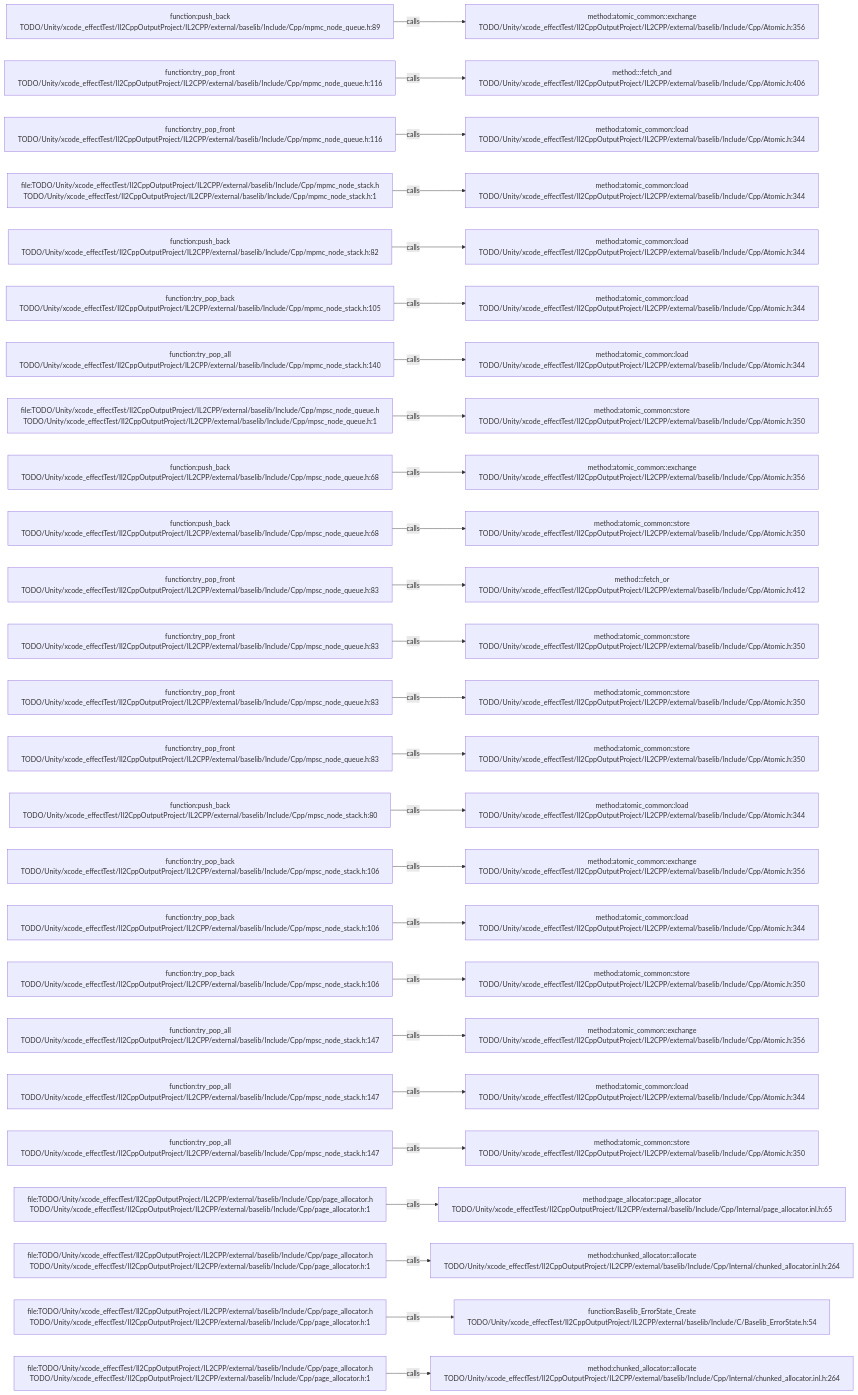
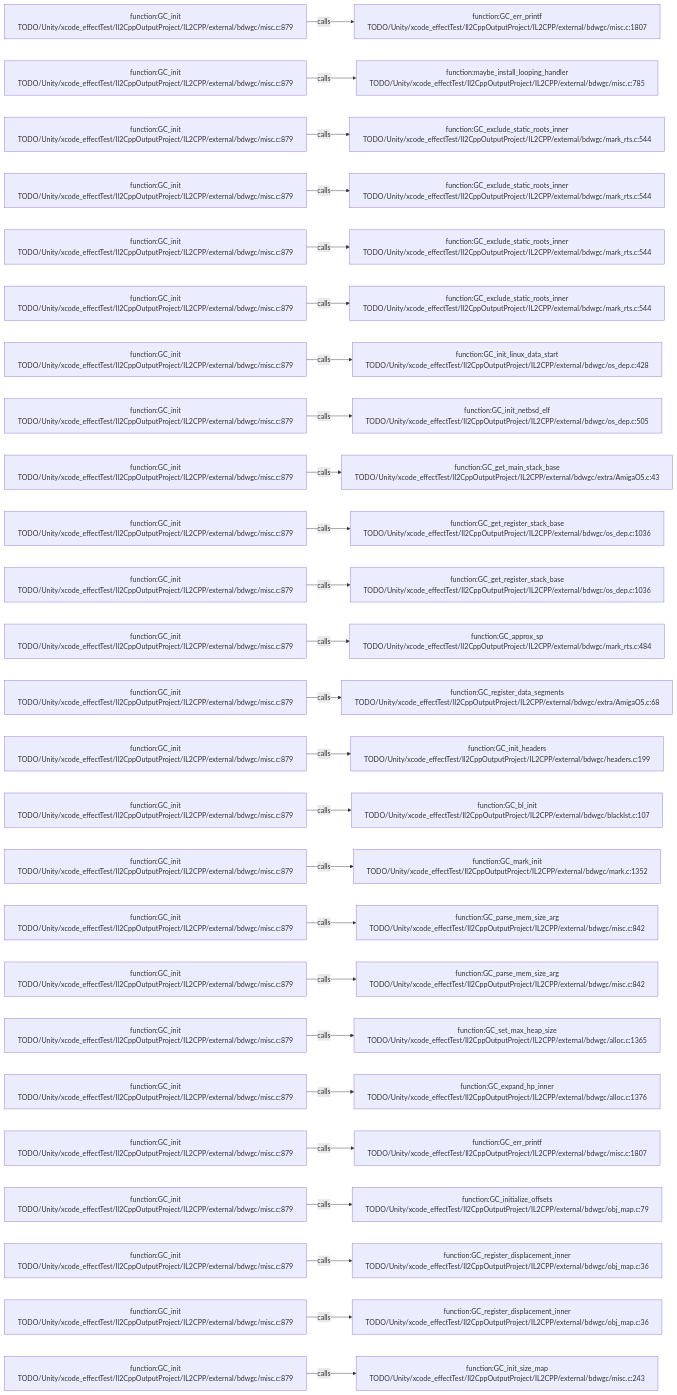
The diagram in .codegraph/codegraph.md/graphs/calls-138.md (JobsKits/JobsSwiftBaseConfigDemo), drawn with Mermaid before and after one commit. The commit also changed 227 other files, not shown here.

````diff
--- a/.codegraph/codegraph.md/graphs/calls-138.md
+++ b/.codegraph/codegraph.md/graphs/calls-138.md
@@ -13,78 +13,78 @@
 ```mermaid
 flowchart LR
-  S1["function:push_back<br/>TODO/Unity/xcode_effectTest/Il2CppOutputProject/IL2CPP/external/baselib/Include/Cpp/mpmc_node_queue.h:89"]
-  T1["method:atomic_common::exchange<br/>TODO/Unity/xcode_effectTest/Il2CppOutputProject/IL2CPP/external/baselib/Include/Cpp/Atomic.h:356"]
+  S1["function:GC_init<br/>TODO/Unity/xcode_effectTest/Il2CppOutputProject/IL2CPP/external/bdwgc/misc.c:879"]
+  T1["function:GC_err_printf<br/>TODO/Unity/xcode_effectTest/Il2CppOutputProject/IL2CPP/external/bdwgc/misc.c:1807"]
   S1 -->|calls| T1
-  S2["function:try_pop_front<br/>TODO/Unity/xcode_effectTest/Il2CppOutputProject/IL2CPP/external/baselib/Include/Cpp/mpmc_node_queue.h:116"]
-  T2["method:<anonymous>::fetch_and<br/>TODO/Unity/xcode_effectTest/Il2CppOutputProject/IL2CPP/external/baselib/Include/Cpp/Atomic.h:406"]
+  S2["function:GC_init<br/>TODO/Unity/xcode_effectTest/Il2CppOutputProject/IL2CPP/external/bdwgc/misc.c:879"]
+  T2["function:maybe_install_looping_handler<br/>TODO/Unity/xcode_effectTest/Il2CppOutputProject/IL2CPP/external/bdwgc/misc.c:785"]
   S2 -->|calls| T2
-  S3["function:try_pop_front<br/>TODO/Unity/xcode_effectTest/Il2CppOutputProject/IL2CPP/external/baselib/Include/Cpp/mpmc_node_queue.h:116"]
-  T3["method:atomic_common::load<br/>TODO/Unity/xcode_effectTest/Il2CppOutputProject/IL2CPP/external/baselib/Include/Cpp/Atomic.h:344"]
+  S3["function:GC_init<br/>TODO/Unity/xcode_effectTest/Il2CppOutputProject/IL2CPP/external/bdwgc/misc.c:879"]
+  T3["function:GC_exclude_static_roots_inner<br/>TODO/Unity/xcode_effectTest/Il2CppOutputProject/IL2CPP/external/bdwgc/mark_rts.c:544"]
   S3 -->|calls| T3
-  S4["file:TODO/Unity/xcode_effectTest/Il2CppOutputProject/IL2CPP/external/baselib/Include/Cpp/mpmc_node_stack.h<br/>TODO/Unity/xcode_effectTest/Il2CppOutputProject/IL2CPP/external/baselib/Include/Cpp/mpmc_node_stack.h:1"]
-  T4["method:atomic_common::load<br/>TODO/Unity/xcode_effectTest/Il2CppOutputProject/IL2CPP/external/baselib/Include/Cpp/Atomic.h:344"]
+  S4["function:GC_init<br/>TODO/Unity/xcode_effectTest/Il2CppOutputProject/IL2CPP/external/bdwgc/misc.c:879"]
+  T4["function:GC_exclude_static_roots_inner<br/>TODO/Unity/xcode_effectTest/Il2CppOutputProject/IL2CPP/external/bdwgc/mark_rts.c:544"]
   S4 -->|calls| T4
-  S5["function:push_back<br/>TODO/Unity/xcode_effectTest/Il2CppOutputProject/IL2CPP/external/baselib/Include/Cpp/mpmc_node_stack.h:82"]
-  T5["method:atomic_common::load<br/>TODO/Unity/xcode_effectTest/Il2CppOutputProject/IL2CPP/external/baselib/Include/Cpp/Atomic.h:344"]
+  S5["function:GC_init<br/>TODO/Unity/xcode_effectTest/Il2CppOutputProject/IL2CPP/external/bdwgc/misc.c:879"]
+  T5["function:GC_exclude_static_roots_inner<br/>TODO/Unity/xcode_effectTest/Il2CppOutputProject/IL2CPP/external/bdwgc/mark_rts.c:544"]
   S5 -->|calls| T5
-  S6["function:try_pop_back<br/>TODO/Unity/xcode_effectTest/Il2CppOutputProject/IL2CPP/external/baselib/Include/Cpp/mpmc_node_stack.h:105"]
-  T6["method:atomic_common::load<br/>TODO/Unity/xcode_effectTest/Il2CppOutputProject/IL2CPP/external/baselib/Include/Cpp/Atomic.h:344"]
+  S6["function:GC_init<br/>TODO/Unity/xcode_effectTest/Il2CppOutputProject/IL2CPP/external/bdwgc/misc.c:879"]
+  T6["function:GC_exclude_static_roots_inner<br/>TODO/Unity/xcode_effectTest/Il2CppOutputProject/IL2CPP/external/bdwgc/mark_rts.c:544"]
   S6 -->|calls| T6
-  S7["function:try_pop_all<br/>TODO/Unity/xcode_effectTest/Il2CppOutputProject/IL2CPP/external/baselib/Include/Cpp/mpmc_node_stack.h:140"]
-  T7["method:atomic_common::load<br/>TODO/Unity/xcode_effectTest/Il2CppOutputProject/IL2CPP/external/baselib/Include/Cpp/Atomic.h:344"]
+  S7["function:GC_init<br/>TODO/Unity/xcode_effectTest/Il2CppOutputProject/IL2CPP/external/bdwgc/misc.c:879"]
+  T7["function:GC_init_linux_data_start<br/>TODO/Unity/xcode_effectTest/Il2CppOutputProject/IL2CPP/external/bdwgc/os_dep.c:428"]
   S7 -->|calls| T7
-  S8["file:TODO/Unity/xcode_effectTest/Il2CppOutputProject/IL2CPP/external/baselib/Include/Cpp/mpsc_node_queue.h<br/>TODO/Unity/xcode_effectTest/Il2CppOutputProject/IL2CPP/external/baselib/Include/Cpp/mpsc_node_queue.h:1"]
-  T8["method:atomic_common::store<br/>TODO/Unity/xcode_effectTest/Il2CppOutputProject/IL2CPP/external/baselib/Include/Cpp/Atomic.h:350"]
+  S8["function:GC_init<br/>TODO/Unity/xcode_effectTest/Il2CppOutputProject/IL2CPP/external/bdwgc/misc.c:879"]
+  T8["function:GC_init_netbsd_elf<br/>TODO/Unity/xcode_effectTest/Il2CppOutputProject/IL2CPP/external/bdwgc/os_dep.c:505"]
   S8 -->|calls| T8
-  S9["function:push_back<br/>TODO/Unity/xcode_effectTest/Il2CppOutputProject/IL2CPP/external/baselib/Include/Cpp/mpsc_node_queue.h:68"]
-  T9["method:atomic_common::exchange<br/>TODO/Unity/xcode_effectTest/Il2CppOutputProject/IL2CPP/external/baselib/Include/Cpp/Atomic.h:356"]
+  S9["function:GC_init<br/>TODO/Unity/xcode_effectTest/Il2CppOutputProject/IL2CPP/external/bdwgc/misc.c:879"]
+  T9["function:GC_get_main_stack_base<br/>TODO/Unity/xcode_effectTest/Il2CppOutputProject/IL2CPP/external/bdwgc/extra/AmigaOS.c:43"]
   S9 -->|calls| T9
-  S10["function:push_back<br/>TODO/Unity/xcode_effectTest/Il2CppOutputProject/IL2CPP/external/baselib/Include/Cpp/mpsc_node_queue.h:68"]
-  T10["method:atomic_common::store<br/>TODO/Unity/xcode_effectTest/Il2CppOutputProject/IL2CPP/external/baselib/Include/Cpp/Atomic.h:350"]
+  S10["function:GC_init<br/>TODO/Unity/xcode_effectTest/Il2CppOutputProject/IL2CPP/external/bdwgc/misc.c:879"]
+  T10["function:GC_get_register_stack_base<br/>TODO/Unity/xcode_effectTest/Il2CppOutputProject/IL2CPP/external/bdwgc/os_dep.c:1036"]
   S10 -->|calls| T10
-  S11["function:try_pop_front<br/>TODO/Unity/xcode_effectTest/Il2CppOutputProject/IL2CPP/external/baselib/Include/Cpp/mpsc_node_queue.h:83"]
-  T11["method:<anonymous>::fetch_or<br/>TODO/Unity/xcode_effectTest/Il2CppOutputProject/IL2CPP/external/baselib/Include/Cpp/Atomic.h:412"]
+  S11["function:GC_init<br/>TODO/Unity/xcode_effectTest/Il2CppOutputProject/IL2CPP/external/bdwgc/misc.c:879"]
+  T11["function:GC_get_register_stack_base<br/>TODO/Unity/xcode_effectTest/Il2CppOutputProject/IL2CPP/external/bdwgc/os_dep.c:1036"]
   S11 -->|calls| T11
-  S12["function:try_pop_front<br/>TODO/Unity/xcode_effectTest/Il2CppOutputProject/IL2CPP/external/baselib/Include/Cpp/mpsc_node_queue.h:83"]
-  T12["method:atomic_common::store<br/>TODO/Unity/xcode_effectTest/Il2CppOutputProject/IL2CPP/external/baselib/Include/Cpp/Atomic.h:350"]
+  S12["function:GC_init<br/>TODO/Unity/xcode_effectTest/Il2CppOutputProject/IL2CPP/external/bdwgc/misc.c:879"]
+  T12["function:GC_approx_sp<br/>TODO/Unity/xcode_effectTest/Il2CppOutputProject/IL2CPP/external/bdwgc/mark_rts.c:484"]
   S12 -->|calls| T12
-  S13["function:try_pop_front<br/>TODO/Unity/xcode_effectTest/Il2CppOutputProject/IL2CPP/external/baselib/Include/Cpp/mpsc_node_queue.h:83"]
-  T13["method:atomic_common::store<br/>TODO/Unity/xcode_effectTest/Il2CppOutputProject/IL2CPP/external/baselib/Include/Cpp/Atomic.h:350"]
+  S13["function:GC_init<br/>TODO/Unity/xcode_effectTest/Il2CppOutputProject/IL2CPP/external/bdwgc/misc.c:879"]
+  T13["function:GC_register_data_segments<br/>TODO/Unity/xcode_effectTest/Il2CppOutputProject/IL2CPP/external/bdwgc/extra/AmigaOS.c:68"]
   S13 -->|calls| T13
-  S14["function:try_pop_front<br/>TODO/Unity/xcode_effectTest/Il2CppOutputProject/IL2CPP/external/baselib/Include/Cpp/mpsc_node_queue.h:83"]
-  T14["method:atomic_common::store<br/>TODO/Unity/xcode_effectTest/Il2CppOutputProject/IL2CPP/external/baselib/Include/Cpp/Atomic.h:350"]
+  S14["function:GC_init<br/>TODO/Unity/xcode_effectTest/Il2CppOutputProject/IL2CPP/external/bdwgc/misc.c:879"]
+  T14["function:GC_init_headers<br/>TODO/Unity/xcode_effectTest/Il2CppOutputProject/IL2CPP/external/bdwgc/headers.c:199"]
   S14 -->|calls| T14
-  S15["function:push_back<br/>TODO/Unity/xcode_effectTest/Il2CppOutputProject/IL2CPP/external/baselib/Include/Cpp/mpsc_node_stack.h:80"]
-  T15["method:atomic_common::load<br/>TODO/Unity/xcode_effectTest/Il2CppOutputProject/IL2CPP/external/baselib/Include/Cpp/Atomic.h:344"]
+  S15["function:GC_init<br/>TODO/Unity/xcode_effectTest/Il2CppOutputProject/IL2CPP/external/bdwgc/misc.c:879"]
+  T15["function:GC_bl_init<br/>TODO/Unity/xcode_effectTest/Il2CppOutputProject/IL2CPP/external/bdwgc/blacklst.c:107"]
   S15 -->|calls| T15
-  S16["function:try_pop_back<br/>TODO/Unity/xcode_effectTest/Il2CppOutputProject/IL2CPP/external/baselib/Include/Cpp/mpsc_node_stack.h:106"]
-  T16["method:atomic_common::exchange<br/>TODO/Unity/xcode_effectTest/Il2CppOutputProject/IL2CPP/external/baselib/Include/Cpp/Atomic.h:356"]
+  S16["function:GC_init<br/>TODO/Unity/xcode_effectTest/Il2CppOutputProject/IL2CPP/external/bdwgc/misc.c:879"]
+  T16["function:GC_mark_init<br/>TODO/Unity/xcode_effectTest/Il2CppOutputProject/IL2CPP/external/bdwgc/mark.c:1352"]
   S16 -->|calls| T16
-  S17["function:try_pop_back<br/>TODO/Unity/xcode_effectTest/Il2CppOutputProject/IL2CPP/external/baselib/Include/Cpp/mpsc_node_stack.h:106"]
-  T17["method:atomic_common::load<br/>TODO/Unity/xcode_effectTest/Il2CppOutputProject/IL2CPP/external/baselib/Include/Cpp/Atomic.h:344"]
+  S17["function:GC_init<br/>TODO/Unity/xcode_effectTest/Il2CppOutputProject/IL2CPP/external/bdwgc/misc.c:879"]
+  T17["function:GC_parse_mem_size_arg<br/>TODO/Unity/xcode_effectTest/Il2CppOutputProject/IL2CPP/external/bdwgc/misc.c:842"]
   S17 -->|calls| T17
-  S18["function:try_pop_back<br/>TODO/Unity/xcode_effectTest/Il2CppOutputProject/IL2CPP/external/baselib/Include/Cpp/mpsc_node_stack.h:106"]
-  T18["method:atomic_common::store<br/>TODO/Unity/xcode_effectTest/Il2CppOutputProject/IL2CPP/external/baselib/Include/Cpp/Atomic.h:350"]
+  S18["function:GC_init<br/>TODO/Unity/xcode_effectTest/Il2CppOutputProject/IL2CPP/external/bdwgc/misc.c:879"]
+  T18["function:GC_parse_mem_size_arg<br/>TODO/Unity/xcode_effectTest/Il2CppOutputProject/IL2CPP/external/bdwgc/misc.c:842"]
   S18 -->|calls| T18
-  S19["function:try_pop_all<br/>TODO/Unity/xcode_effectTest/Il2CppOutputProject/IL2CPP/external/baselib/Include/Cpp/mpsc_node_stack.h:147"]
-  T19["method:atomic_common::exchange<br/>TODO/Unity/xcode_effectTest/Il2CppOutputProject/IL2CPP/external/baselib/Include/Cpp/Atomic.h:356"]
+  S19["function:GC_init<br/>TODO/Unity/xcode_effectTest/Il2CppOutputProject/IL2CPP/external/bdwgc/misc.c:879"]
+  T19["function:GC_set_max_heap_size<br/>TODO/Unity/xcode_effectTest/Il2CppOutputProject/IL2CPP/external/bdwgc/alloc.c:1365"]
   S19 -->|calls| T19
-  S20["function:try_pop_all<br/>TODO/Unity/xcode_effectTest/Il2CppOutputProject/IL2CPP/external/baselib/Include/Cpp/mpsc_node_stack.h:147"]
-  T20["method:atomic_common::load<br/>TODO/Unity/xcode_effectTest/Il2CppOutputProject/IL2CPP/external/baselib/Include/Cpp/Atomic.h:344"]
+  S20["function:GC_init<br/>TODO/Unity/xcode_effectTest/Il2CppOutputProject/IL2CPP/external/bdwgc/misc.c:879"]
+  T20["function:GC_expand_hp_inner<br/>TODO/Unity/xcode_effectTest/Il2CppOutputProject/IL2CPP/external/bdwgc/alloc.c:1376"]
   S20 -->|calls| T20
-  S21["function:try_pop_all<br/>TODO/Unity/xcode_effectTest/Il2CppOutputProject/IL2CPP/external/baselib/Include/Cpp/mpsc_node_stack.h:147"]
-  T21["method:atomic_common::store<br/>TODO/Unity/xcode_effectTest/Il2CppOutputProject/IL2CPP/external/baselib/Include/Cpp/Atomic.h:350"]
+  S21["function:GC_init<br/>TODO/Unity/xcode_effectTest/Il2CppOutputProject/IL2CPP/external/bdwgc/misc.c:879"]
+  T21["function:GC_err_printf<br/>TODO/Unity/xcode_effectTest/Il2CppOutputProject/IL2CPP/external/bdwgc/misc.c:1807"]
   S21 -->|calls| T21
-  S22["file:TODO/Unity/xcode_effectTest/Il2CppOutputProject/IL2CPP/external/baselib/Include/Cpp/page_allocator.h<br/>TODO/Unity/xcode_effectTest/Il2CppOutputProject/IL2CPP/external/baselib/Include/Cpp/page_allocator.h:1"]
-  T22["method:page_allocator::page_allocator<br/>TODO/Unity/xcode_effectTest/Il2CppOutputProject/IL2CPP/external/baselib/Include/Cpp/Internal/page_allocator.inl.h:65"]
+  S22["function:GC_init<br/>TODO/Unity/xcode_effectTest/Il2CppOutputProject/IL2CPP/external/bdwgc/misc.c:879"]
+  T22["function:GC_initialize_offsets<br/>TODO/Unity/xcode_effectTest/Il2CppOutputProject/IL2CPP/external/bdwgc/obj_map.c:79"]
   S22 -->|calls| T22
-  S23["file:TODO/Unity/xcode_effectTest/Il2CppOutputProject/IL2CPP/external/baselib/Include/Cpp/page_allocator.h<br/>TODO/Unity/xcode_effectTest/Il2CppOutputProject/IL2CPP/external/baselib/Include/Cpp/page_allocator.h:1"]
-  T23["method:chunked_allocator::allocate<br/>TODO/Unity/xcode_effectTest/Il2CppOutputProject/IL2CPP/external/baselib/Include/Cpp/Internal/chunked_allocator.inl.h:264"]
+  S23["function:GC_init<br/>TODO/Unity/xcode_effectTest/Il2CppOutputProject/IL2CPP/external/bdwgc/misc.c:879"]
+  T23["function:GC_register_displacement_inner<br/>TODO/Unity/xcode_effectTest/Il2CppOutputProject/IL2CPP/external/bdwgc/obj_map.c:36"]
   S23 -->|calls| T23
-  S24["file:TODO/Unity/xcode_effectTest/Il2CppOutputProject/IL2CPP/external/baselib/Include/Cpp/page_allocator.h<br/>TODO/Unity/xcode_effectTest/Il2CppOutputProject/IL2CPP/external/baselib/Include/Cpp/page_allocator.h:1"]
-  T24["function:Baselib_ErrorState_Create<br/>TODO/Unity/xcode_effectTest/Il2CppOutputProject/IL2CPP/external/baselib/Include/C/Baselib_ErrorState.h:54"]
+  S24["function:GC_init<br/>TODO/Unity/xcode_effectTest/Il2CppOutputProject/IL2CPP/external/bdwgc/misc.c:879"]
+  T24["function:GC_register_displacement_inner<br/>TODO/Unity/xcode_effectTest/Il2CppOutputProject/IL2CPP/external/bdwgc/obj_map.c:36"]
   S24 -->|calls| T24
-  S25["file:TODO/Unity/xcode_effectTest/Il2CppOutputProject/IL2CPP/external/baselib/Include/Cpp/page_allocator.h<br/>TODO/Unity/xcode_effectTest/Il2CppOutputProject/IL2CPP/external/baselib/Include/Cpp/page_allocator.h:1"]
-  T25["method:chunked_allocator::allocate<br/>TODO/Unity/xcode_effectTest/Il2CppOutputProject/IL2CPP/external/baselib/Include/Cpp/Internal/chunked_allocator.inl.h:264"]
+  S25["function:GC_init<br/>TODO/Unity/xcode_effectTest/Il2CppOutputProject/IL2CPP/external/bdwgc/misc.c:879"]
+  T25["function:GC_init_size_map<br/>TODO/Unity/xcode_effectTest/Il2CppOutputProject/IL2CPP/external/bdwgc/misc.c:243"]
   S25 -->|calls| T25
 ```
````
